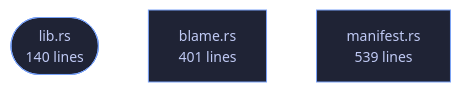
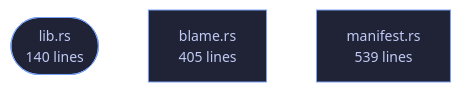
Before and after one commit to tilas01/veilvoice: the diagram in wiki/Crate-veilvoice-guard.md, drawn with Mermaid. The commit also changed other lines of this file and 21 other files, not shown here.

````diff
--- a/wiki/Crate-veilvoice-guard.md
+++ b/wiki/Crate-veilvoice-guard.md
@@ -72,7 +72,7 @@
 ```mermaid
 %%{init: {"theme":"base","themeVariables":{"background":"#1a1b26","primaryColor":"#1f2335","primaryTextColor":"#c0caf5","primaryBorderColor":"#7aa2f7","secondaryColor":"#16161e","tertiaryColor":"#16161e","lineColor":"#737aa2","textColor":"#c0caf5","mainBkg":"#1f2335","nodeBorder":"#7aa2f7","clusterBkg":"#16161e","clusterBorder":"#2f3549","fontFamily":"ui-monospace, SFMono-Regular, Consolas, monospace","fontSize":"14px"}}}%%
 flowchart TD
     n_lib(["lib.rs<br/>140 lines"])
-    n_blame["blame.rs<br/>401 lines"]
+    n_blame["blame.rs<br/>405 lines"]
     n_manifest["manifest.rs<br/>539 lines"]
 ```
````
